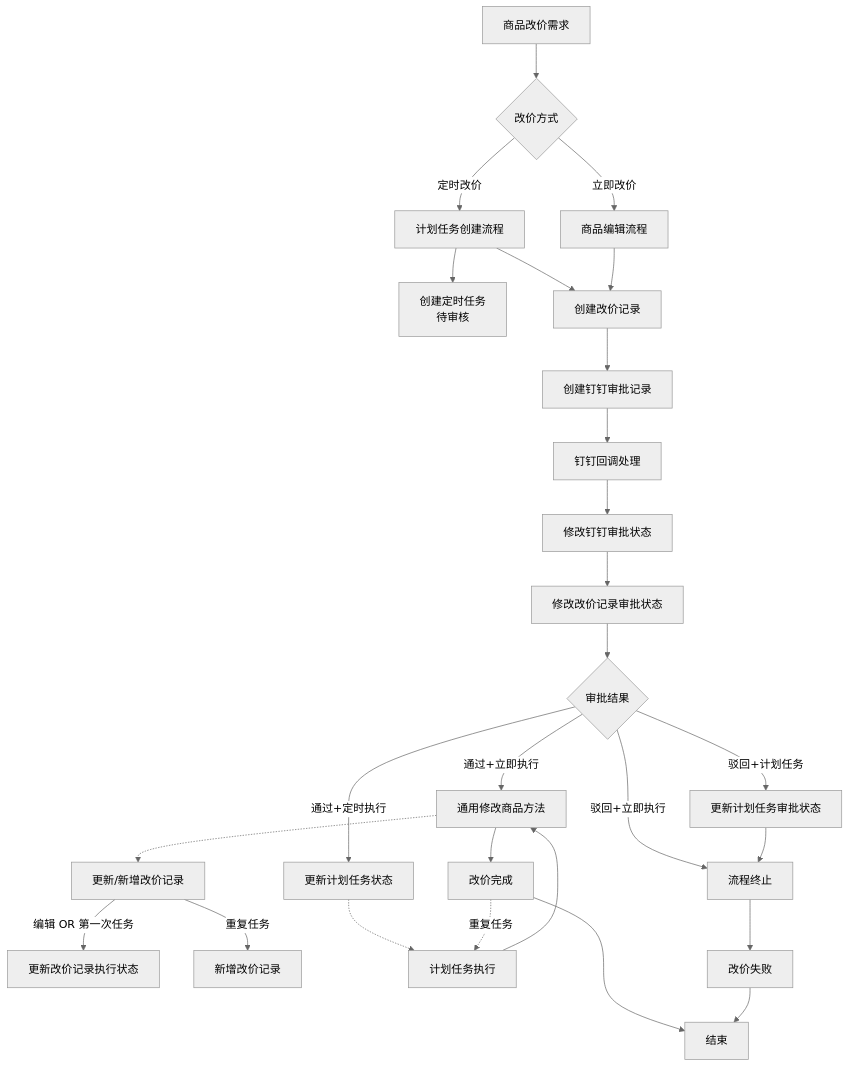
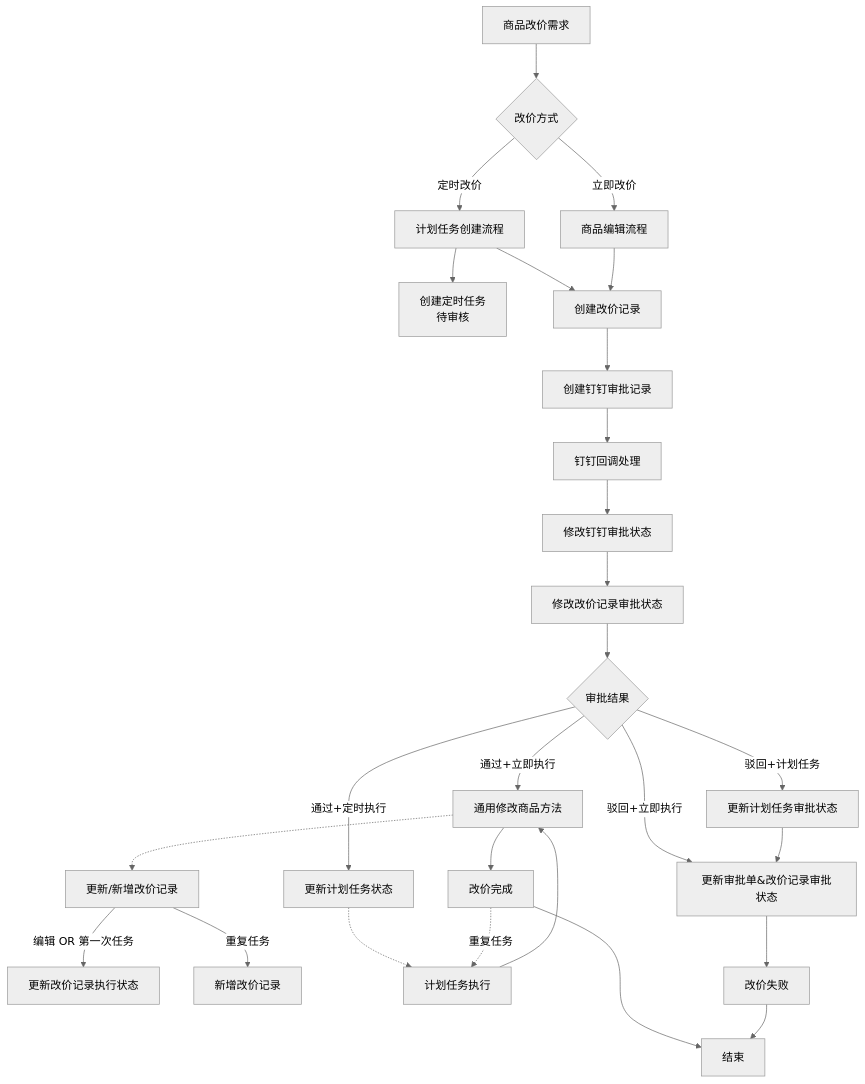
Before and after one commit to fuzhongyun/markdown2: the second of 8 diagrams in 钉钉审批通用化方案.md, drawn with Mermaid (neutral theme).

````diff
--- a/钉钉审批通用化方案.md
+++ b/钉钉审批通用化方案.md
@@ -143,29 +143,29 @@
 ```mermaid
 flowchart TD
     A[商品改价需求] --> B{改价方式}
     B -->|立即改价| C[商品编辑流程]
     B -->|定时改价| D[计划任务创建流程]
     D --> D1[创建定时任务<br>待审核]
     D --> D2[创建改价记录]
     C --> D2
     D2 --> E[创建钉钉审批记录]
     E --> F[钉钉回调处理]
     F --> F1[修改钉钉审批状态]
     F1 --> F2[修改改价记录审批状态]
     F2 --> G{审批结果}
     G -->|通过+立即执行| H[通用修改商品方法]
     H .-> H1[更新/新增改价记录]
     H1 --> |编辑 OR 第一次任务|H11[更新改价记录执行状态]
     H1 --> |重复任务|H12[新增改价记录]
     G -->|通过+定时执行| I[更新计划任务状态]
-    G -->|驳回+立即执行| J[流程终止]
+    G -->|驳回+立即执行| J[更新审批单&改价记录审批状态]
     G -->|驳回+计划任务| J1[更新计划任务审批状态]
     J1 --> J
     I .-> K[计划任务执行]
     K --> H
     H --> L[改价完成]
     J --> M[改价失败]
     L .-> |重复任务|K
     L --> Z[结束]
     M --> Z
 ```
````
